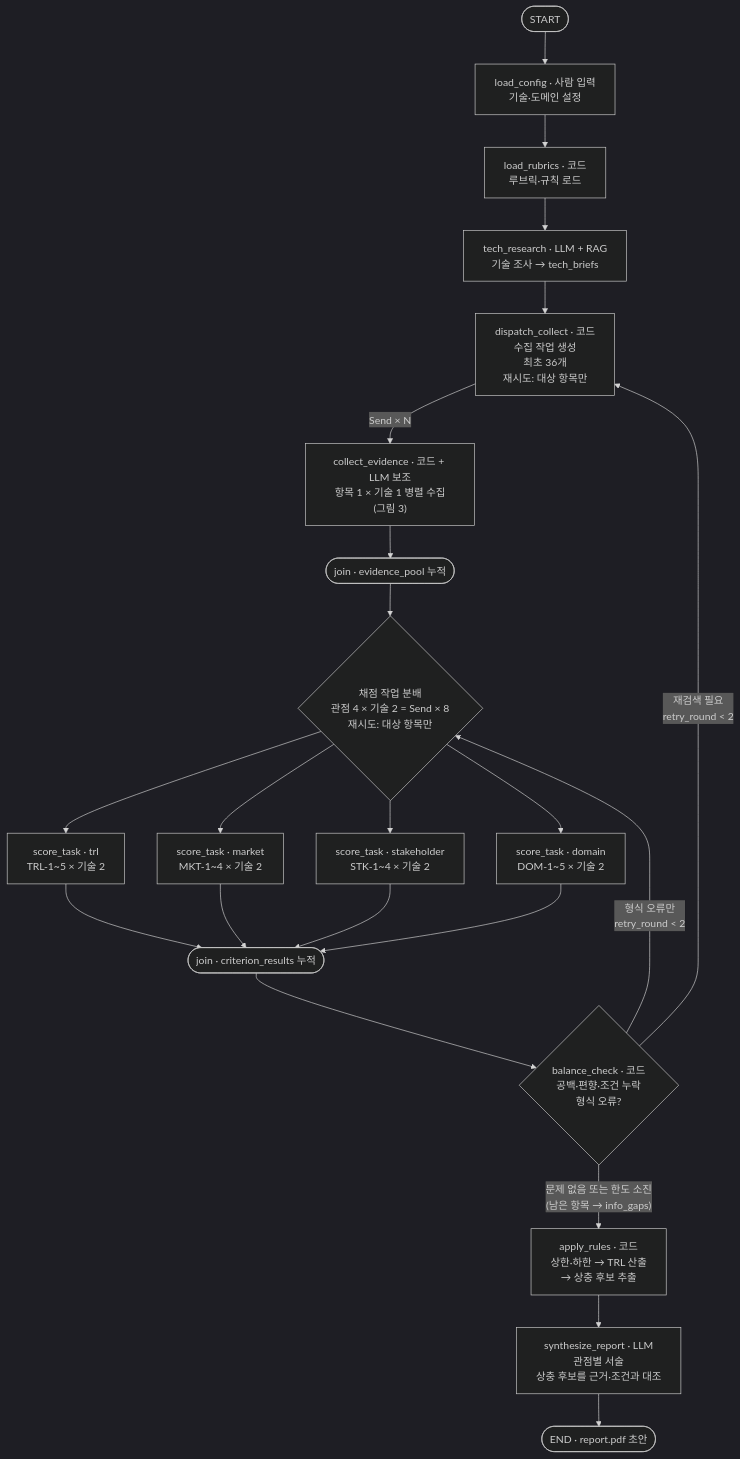
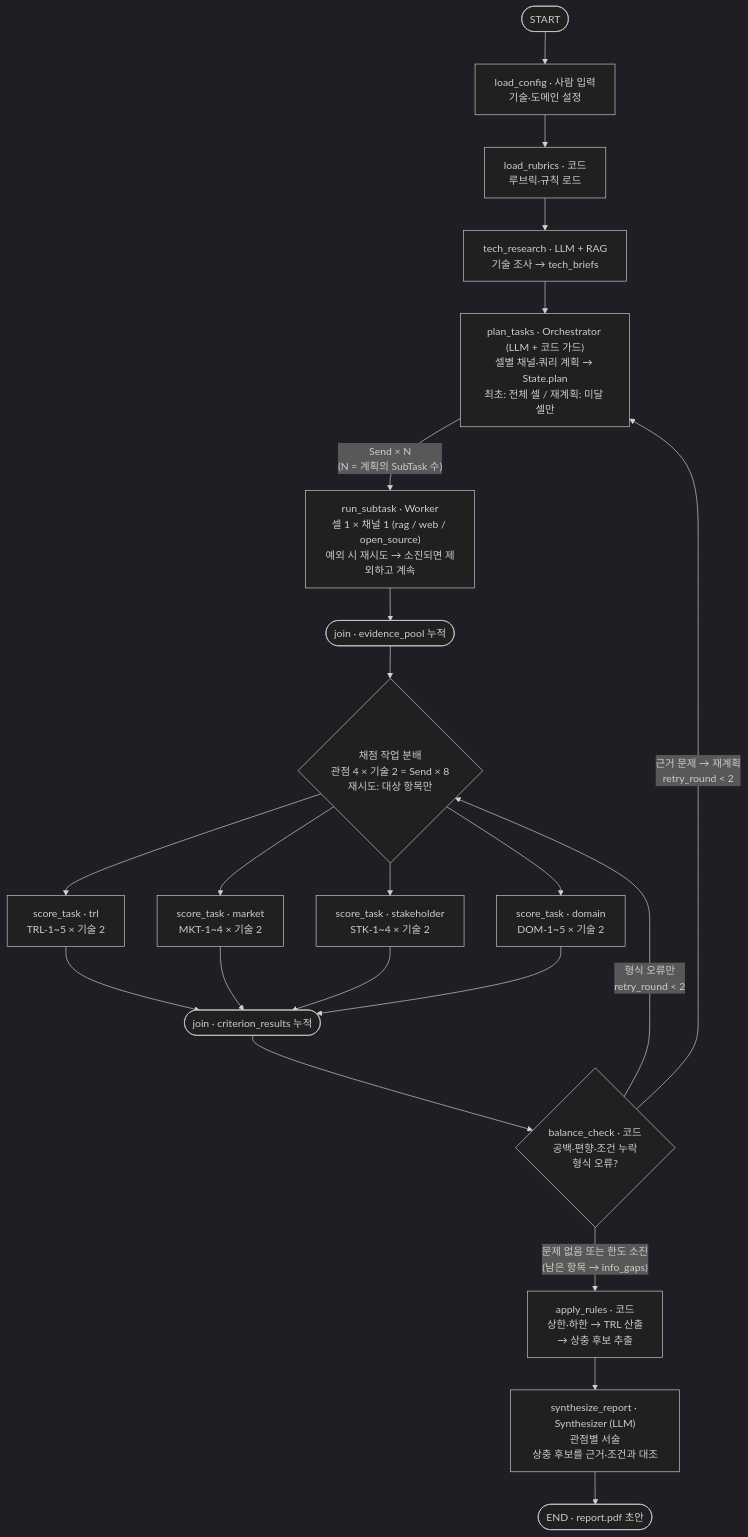
The diagram in docs/main_graph.mmd (seunghye3760-afk/skala-rag-design-course), drawn with Mermaid (dark theme) before and after one commit. The commit also changed 12 other files, not shown here.

```diff
--- a/docs/main_graph.mmd
+++ b/docs/main_graph.mmd
@@ -1,16 +1,16 @@
 flowchart TD
     START([START]) --> CFG["load_config · 사람 입력<br/>기술·도메인 설정"]
     CFG --> RUB["load_rubrics · 코드<br/>루브릭·규칙 로드"]
     RUB --> RES["tech_research · LLM + RAG<br/>기술 조사 → tech_briefs"]
-    RES --> DC["dispatch_collect · 코드<br/>수집 작업 생성<br/>최초 36개<br/>재시도: 대상 항목만"]
-    DC -->|"Send × N"| COL["collect_evidence · 코드 + LLM 보조<br/>항목 1 × 기술 1 병렬 수집<br/>(그림 3)"]
+    RES --> DC["plan_tasks · Orchestrator (LLM + 코드 가드)<br/>셀별 채널·쿼리 계획 → State.plan<br/>최초: 전체 셀 / 재계획: 미달 셀만"]
+    DC -->|"Send × N<br/>(N = 계획의 SubTask 수)"| COL["run_subtask · Worker<br/>셀 1 × 채널 1 (rag / web / open_source)<br/>예외 시 재시도 → 소진되면 제외하고 계속"]
     COL --> EJ(["join · evidence_pool 누적"])
     EJ --> FAN{"채점 작업 분배<br/>관점 4 × 기술 2 = Send × 8<br/>재시도: 대상 항목만"}
     FAN --> S1["score_task · trl<br/>TRL-1~5 × 기술 2"] & S2["score_task · market<br/>MKT-1~4 × 기술 2"] & S3["score_task · stakeholder<br/>STK-1~4 × 기술 2"] & S4["score_task · domain<br/>DOM-1~5 × 기술 2"]
     S1 & S2 & S3 & S4 --> SJ(["join · criterion_results 누적"])
     SJ --> BAL{"balance_check · 코드<br/>공백·편향·조건 누락<br/>형식 오류?"}
-    BAL -->|"재검색 필요<br/>retry_round < 2"| DC
+    BAL -->|"근거 문제 → 재계획<br/>retry_round < 2"| DC
     BAL -->|"형식 오류만<br/>retry_round < 2"| FAN
     BAL -->|"문제 없음 또는 한도 소진<br/>(남은 항목 → info_gaps)"| RULE["apply_rules · 코드<br/>상한·하한 → TRL 산출<br/>→ 상충 후보 추출"]
-    RULE --> SYN["synthesize_report · LLM<br/>관점별 서술<br/>상충 후보를 근거·조건과 대조"]
+    RULE --> SYN["synthesize_report · Synthesizer (LLM)<br/>관점별 서술<br/>상충 후보를 근거·조건과 대조"]
     SYN --> END([END · report.pdf 초안])
```
